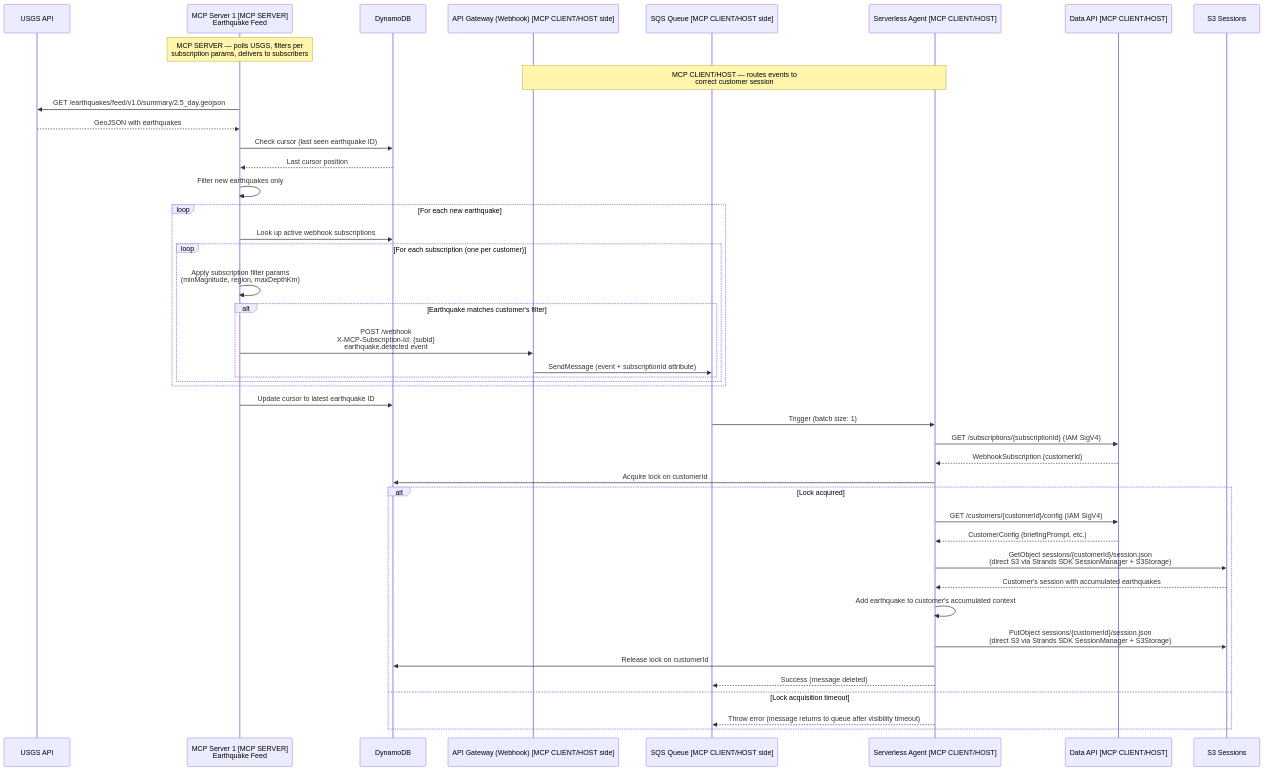
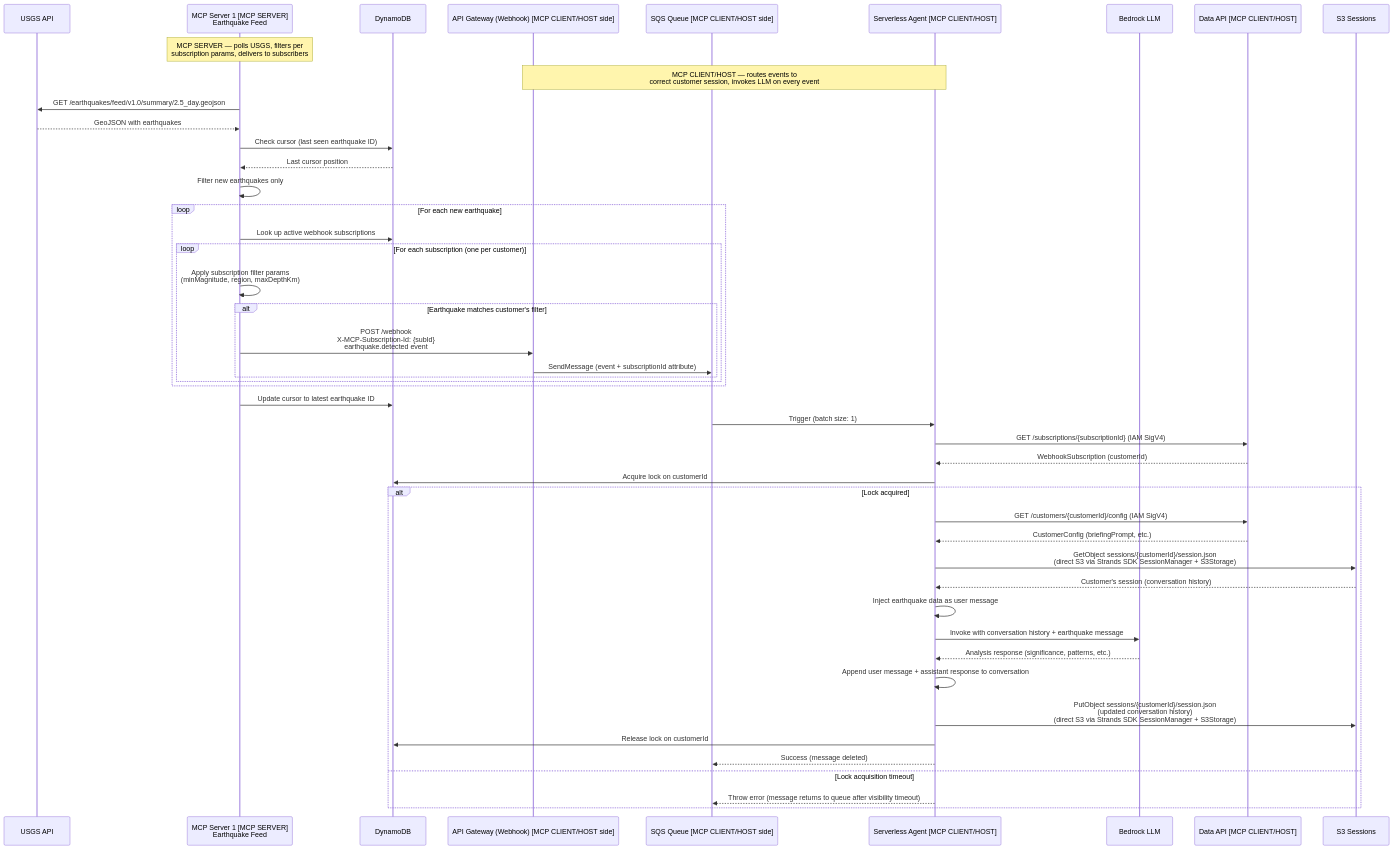
One commit to clareliguori/mcp-triggers-events-samples changed the ninth of 12 diagrams in .kiro/specs/mcp-events-serverless-agent/design.md. Above: the diagram before and after it, drawn with Mermaid. The commit also changed other lines of this file, not shown here.

Commit message:
Update design to use conversation history as accumulator with LLM invocation per event

````diff
--- a/.kiro/specs/mcp-events-serverless-agent/design.md
+++ b/.kiro/specs/mcp-events-serverless-agent/design.md
@@ -228,50 +228,54 @@
 ```mermaid
 sequenceDiagram
     participant USGS as USGS API
     participant MCP1 as MCP Server 1 [MCP SERVER]<br/>Earthquake Feed
     participant DDB as DynamoDB
     participant APIG as API Gateway (Webhook) [MCP CLIENT/HOST side]
     participant SQS as SQS Queue [MCP CLIENT/HOST side]
     participant Agent as Serverless Agent [MCP CLIENT/HOST]
+    participant LLM as Bedrock LLM
     participant DataAPI as Data API [MCP CLIENT/HOST]
     participant S3S as S3 Sessions
 
     Note over MCP1: MCP SERVER — polls USGS, filters per<br/>subscription params, delivers to subscribers
-    Note over APIG,Agent: MCP CLIENT/HOST — routes events to<br/>correct customer session
+    Note over APIG,Agent: MCP CLIENT/HOST — routes events to<br/>correct customer session, invokes LLM on every event
 
     MCP1->>USGS: GET /earthquakes/feed/v1.0/summary/2.5_day.geojson
     USGS-->>MCP1: GeoJSON with earthquakes
     MCP1->>DDB: Check cursor (last seen earthquake ID)
     DDB-->>MCP1: Last cursor position
     MCP1->>MCP1: Filter new earthquakes only
 
     loop For each new earthquake
         MCP1->>DDB: Look up active webhook subscriptions
         loop For each subscription (one per customer)
             MCP1->>MCP1: Apply subscription filter params<br/>(minMagnitude, region, maxDepthKm)
             alt Earthquake matches customer's filter
                 MCP1->>APIG: POST /webhook<br/>X-MCP-Subscription-Id: {subId}<br/>earthquake.detected event
                 APIG->>SQS: SendMessage (event + subscriptionId attribute)
             end
         end
     end
 
     MCP1->>DDB: Update cursor to latest earthquake ID
 
     SQS->>Agent: Trigger (batch size: 1)
     Agent->>DataAPI: GET /subscriptions/{subscriptionId} (IAM SigV4)
     DataAPI-->>Agent: WebhookSubscription (customerId)
     Agent->>DDB: Acquire lock on customerId
     alt Lock acquired
         Agent->>DataAPI: GET /customers/{customerId}/config (IAM SigV4)
         DataAPI-->>Agent: CustomerConfig (briefingPrompt, etc.)
         Agent->>S3S: GetObject sessions/{customerId}/session.json<br/>(direct S3 via Strands SDK SessionManager + S3Storage)
-        S3S-->>Agent: Customer's session with accumulated earthquakes
-        Agent->>Agent: Add earthquake to customer's accumulated context
-        Agent->>S3S: PutObject sessions/{customerId}/session.json<br/>(direct S3 via Strands SDK SessionManager + S3Storage)
+        S3S-->>Agent: Customer's session (conversation history)
+        Agent->>Agent: Inject earthquake data as user message
+        Agent->>LLM: Invoke with conversation history + earthquake message
+        LLM-->>Agent: Analysis response (significance, patterns, etc.)
+        Agent->>Agent: Append user message + assistant response to conversation
+        Agent->>S3S: PutObject sessions/{customerId}/session.json<br/>(updated conversation history)<br/>(direct S3 via Strands SDK SessionManager + S3Storage)
         Agent->>DDB: Release lock on customerId
         Agent-->>SQS: Success (message deleted)
     else Lock acquisition timeout
         Agent-->>SQS: Throw error (message returns to queue after visibility timeout)
     end
 ```
````
